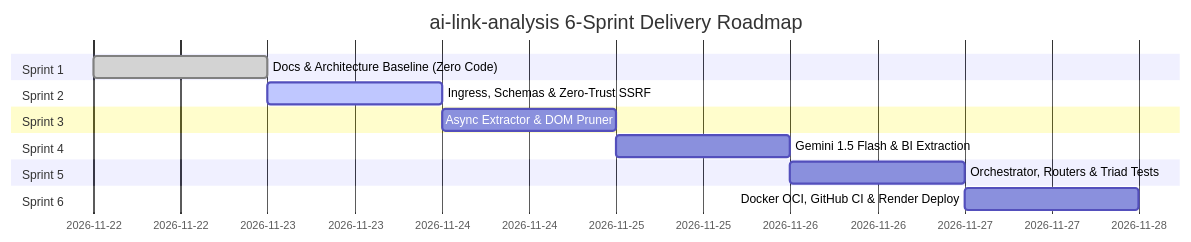
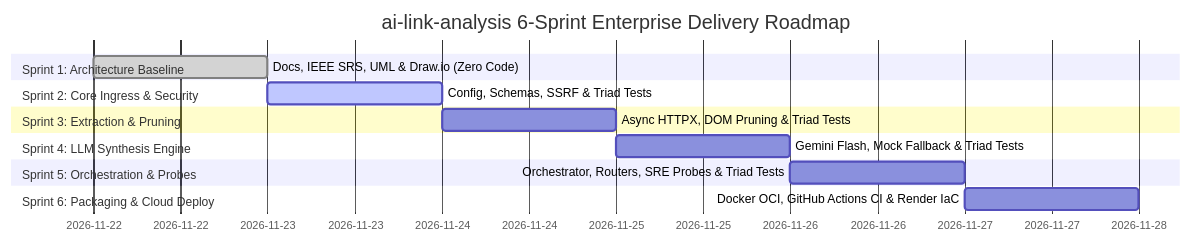
Before and after one commit to piyushmakhija28/ai-link-analysis: the diagram in docs/management/03-sprint-roadmap.md, drawn with Mermaid. The commit also changed other lines of this file and 4 other files, not shown here.

````diff
--- a/docs/management/03-sprint-roadmap.md
+++ b/docs/management/03-sprint-roadmap.md
@@ -12,17 +14,17 @@
 ```mermaid
 gantt
-    title ai-link-analysis 6-Sprint Delivery Roadmap
+    title ai-link-analysis 6-Sprint Enterprise Delivery Roadmap
     dateFormat YYYY-MM-DD
-    section Sprint 1
-    Docs & Architecture Baseline (Zero Code) :done, s1, 2026-11-22, 1d
-    section Sprint 2
-    Ingress, Schemas & Zero-Trust SSRF :active, s2, 2026-11-23, 1d
-    section Sprint 3
-    Async Extractor & DOM Pruner :s3, 2026-11-24, 1d
-    section Sprint 4
-    Gemini 1.5 Flash & BI Extraction :s4, 2026-11-25, 1d
-    section Sprint 5
-    Orchestrator, Routers & Triad Tests :s5, 2026-11-26, 1d
-    section Sprint 6
-    Docker OCI, GitHub CI & Render Deploy :s6, 2026-11-27, 1d
+    section Sprint 1: Architecture Baseline
+    Docs, IEEE SRS, UML & Draw.io (Zero Code) :done, s1, 2026-11-22, 1d
+    section Sprint 2: Core Ingress & Security
+    Config, Schemas, SSRF & Triad Tests :active, s2, 2026-11-23, 1d
+    section Sprint 3: Extraction & Pruning
+    Async HTTPX, DOM Pruning & Triad Tests :s3, 2026-11-24, 1d
+    section Sprint 4: LLM Synthesis Engine
+    Gemini Flash, Mock Fallback & Triad Tests :s4, 2026-11-25, 1d
+    section Sprint 5: Orchestration & Probes
+    Orchestrator, Routers, SRE Probes & Triad Tests :s5, 2026-11-26, 1d
+    section Sprint 6: Packaging & Cloud Deploy
+    Docker OCI, GitHub Actions CI & Render IaC :s6, 2026-11-27, 1d
 ```
````
